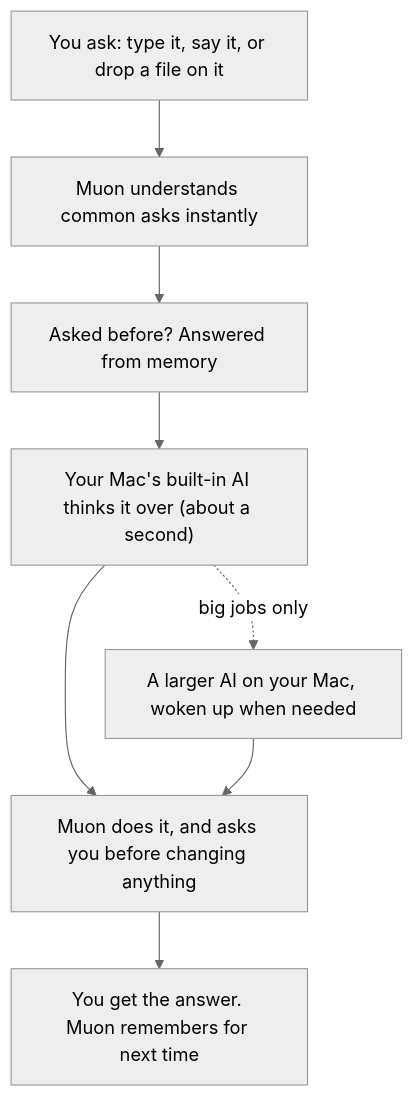
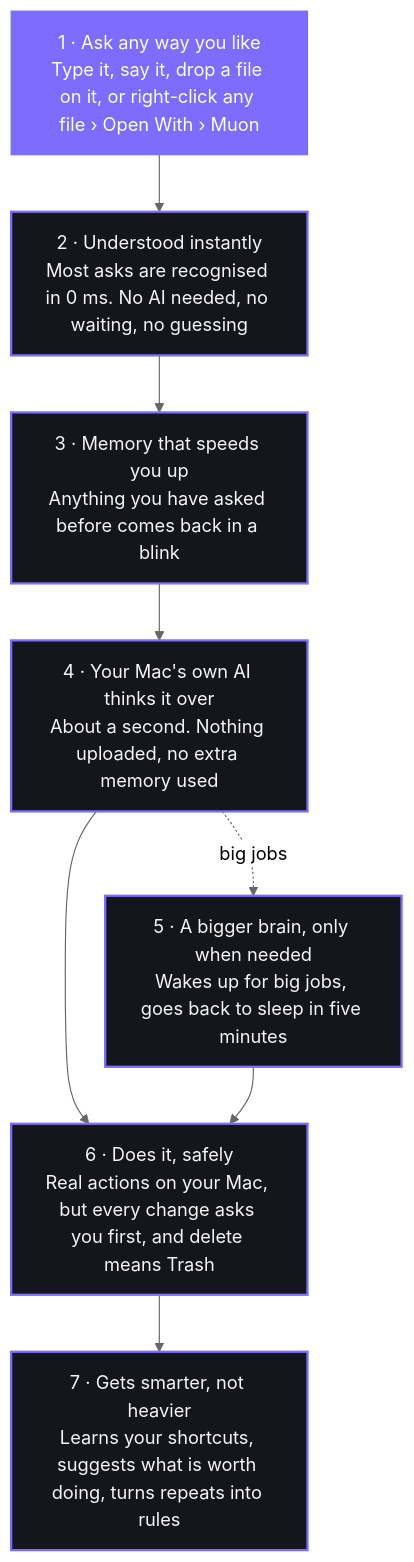
The diagram in README.md (harshdvaid24/muon), drawn with Mermaid (neutral theme) before and after one commit. The commit also changed other lines of this file, not shown here.

Commit message:
docs: how-it-works as seven smart steps

````diff
--- a/README.md
+++ b/README.md
@@ -229,10 +231,16 @@
 ```mermaid
 flowchart TD
-    A["You ask: type it, say it, or drop a file on it"] --> B["Muon understands common asks instantly"]
-    B --> C["Asked before? Answered from memory"]
-    C --> D["Your Mac's built-in AI thinks it over (about a second)"]
-    D --> F["Muon does it, and asks you before changing anything"]
-    D -. "big jobs only" .-> E["A larger AI on your Mac, woken up when needed"]
-    E --> F
-    F --> G["You get the answer. Muon remembers for next time"]
+    A["1 · Ask any way you like<br/>Type it, say it, drop a file on it, or right-click any file › Open With › Muon"]
+    B["2 · Understood instantly<br/>Most asks are recognised in 0 ms. No AI needed, no waiting, no guessing"]
+    C["3 · Memory that speeds you up<br/>Anything you have asked before comes back in a blink"]
+    D["4 · Your Mac's own AI thinks it over<br/>About a second. Nothing uploaded, no extra memory used"]
+    E["5 · A bigger brain, only when needed<br/>Wakes up for big jobs, goes back to sleep in five minutes"]
+    F["6 · Does it, safely<br/>Real actions on your Mac, but every change asks you first, and delete means Trash"]
+    G["7 · Gets smarter, not heavier<br/>Learns your shortcuts, suggests what is worth doing, turns repeats into rules"]
+    A --> B --> C --> D --> F --> G
+    D -. "big jobs" .-> E --> F
+    classDef step fill:#14161c,stroke:#7c6cff,stroke-width:2px,color:#f5f5f7
+    classDef ask fill:#7c6cff,stroke:#7c6cff,color:#fff
+    class B,C,D,E,F,G step
+    class A ask
 ```
````
